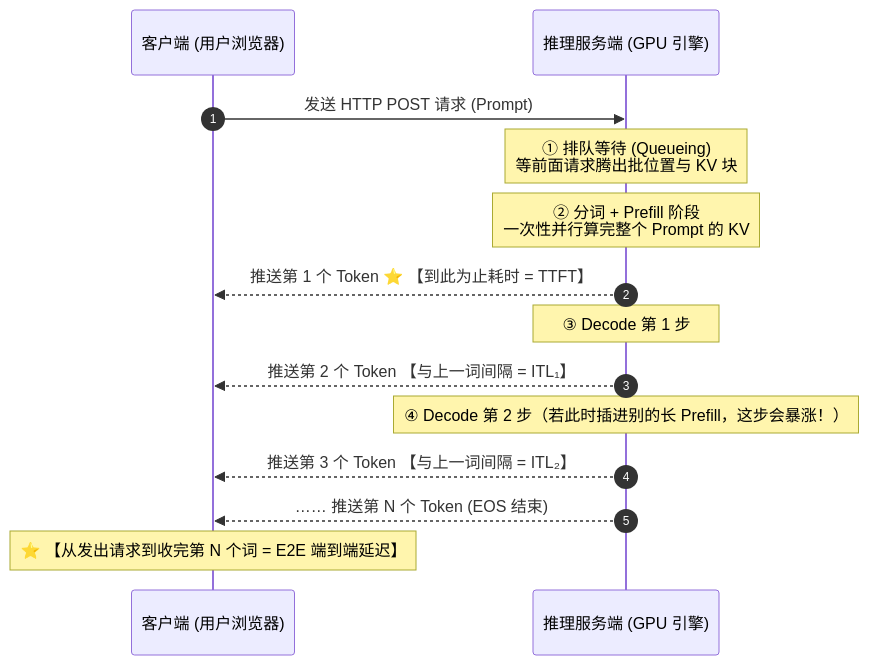
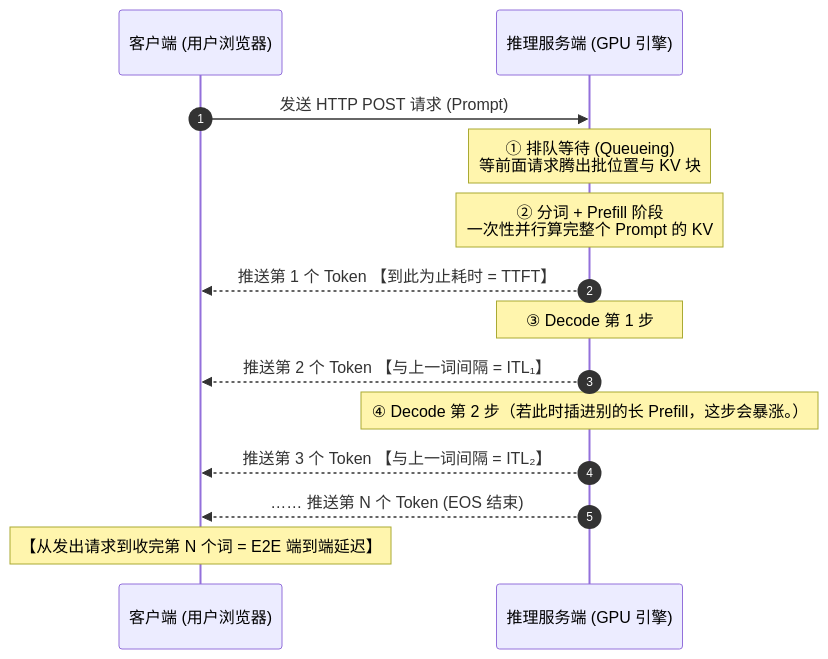
The diagram in stage0/05-metrics.md (zrpxx/hands-on-llm-serving-opt), drawn with Mermaid before and after one commit. The commit also changed other lines of this file and 71 other files, not shown here.

````diff
--- a/stage0/05-metrics.md
+++ b/stage0/05-metrics.md
@@ -29,16 +29,16 @@
 ```mermaid
 sequenceDiagram
   autonumber
   participant C as 客户端 (用户浏览器)
   participant S as 推理服务端 (GPU 引擎)
   C->>S: 发送 HTTP POST 请求 (Prompt)
   Note over S: ① 排队等待 (Queueing)<br/>等前面请求腾出批位置与 KV 块
   Note over S: ② 分词 + Prefill 阶段<br/>一次性并行算完整个 Prompt 的 KV
-  S-->>C: 推送第 1 个 Token ⭐️ 【到此为止耗时 = TTFT】
+  S-->>C: 推送第 1 个 Token 【到此为止耗时 = TTFT】
   Note over S: ③ Decode 第 1 步
   S-->>C: 推送第 2 个 Token 【与上一词间隔 = ITL₁】
-  Note over S: ④ Decode 第 2 步（若此时插进别的长 Prefill，这步会暴涨！）
+  Note over S: ④ Decode 第 2 步（若此时插进别的长 Prefill，这步会暴涨。）
   S-->>C: 推送第 3 个 Token 【与上一词间隔 = ITL₂】
   S-->>C: …… 推送第 N 个 Token (EOS 结束)
-  Note over C: ⭐️ 【从发出请求到收完第 N 个词 = E2E 端到端延迟】
+  Note over C: 【从发出请求到收完第 N 个词 = E2E 端到端延迟】
 ```
````
